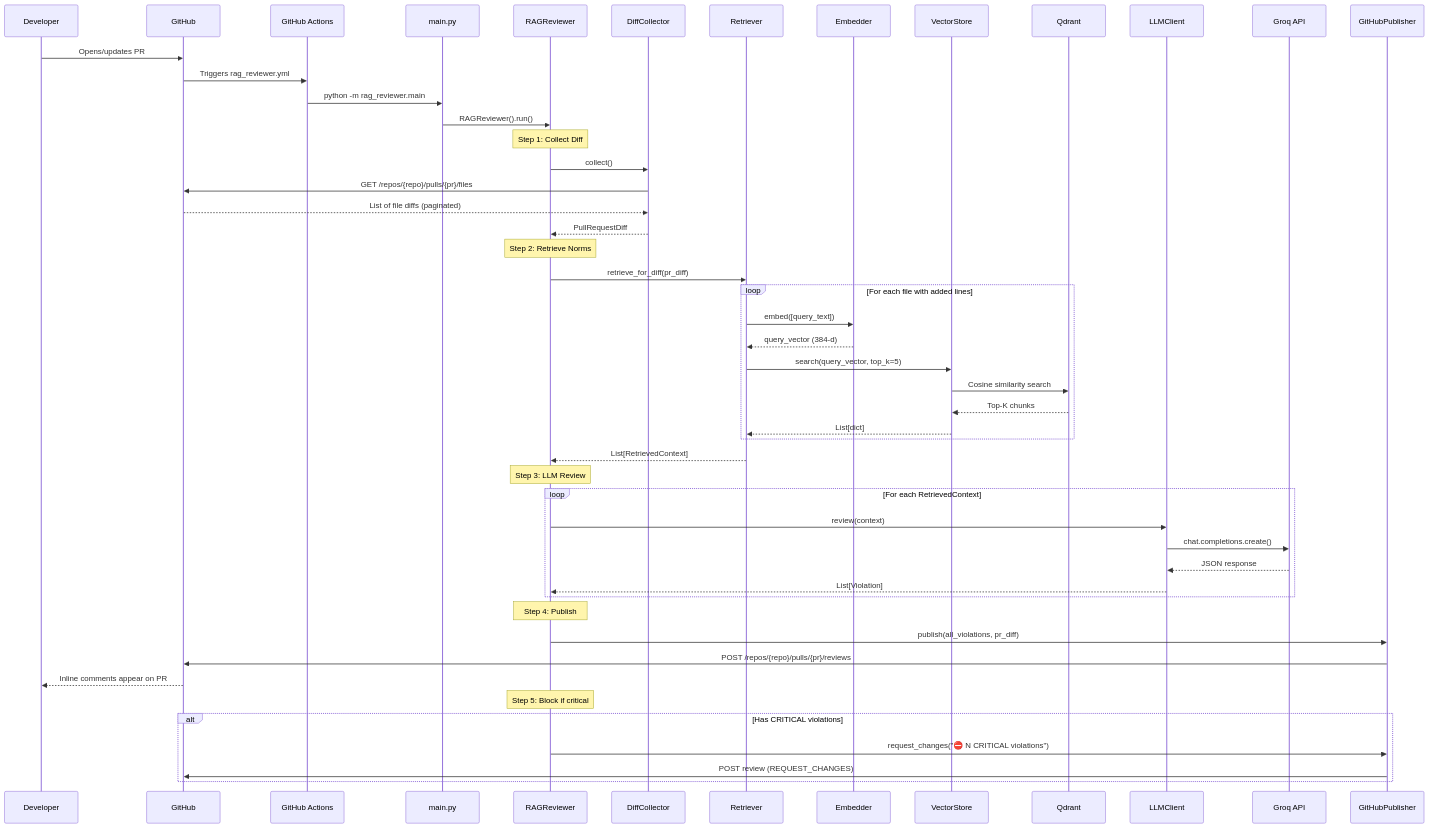
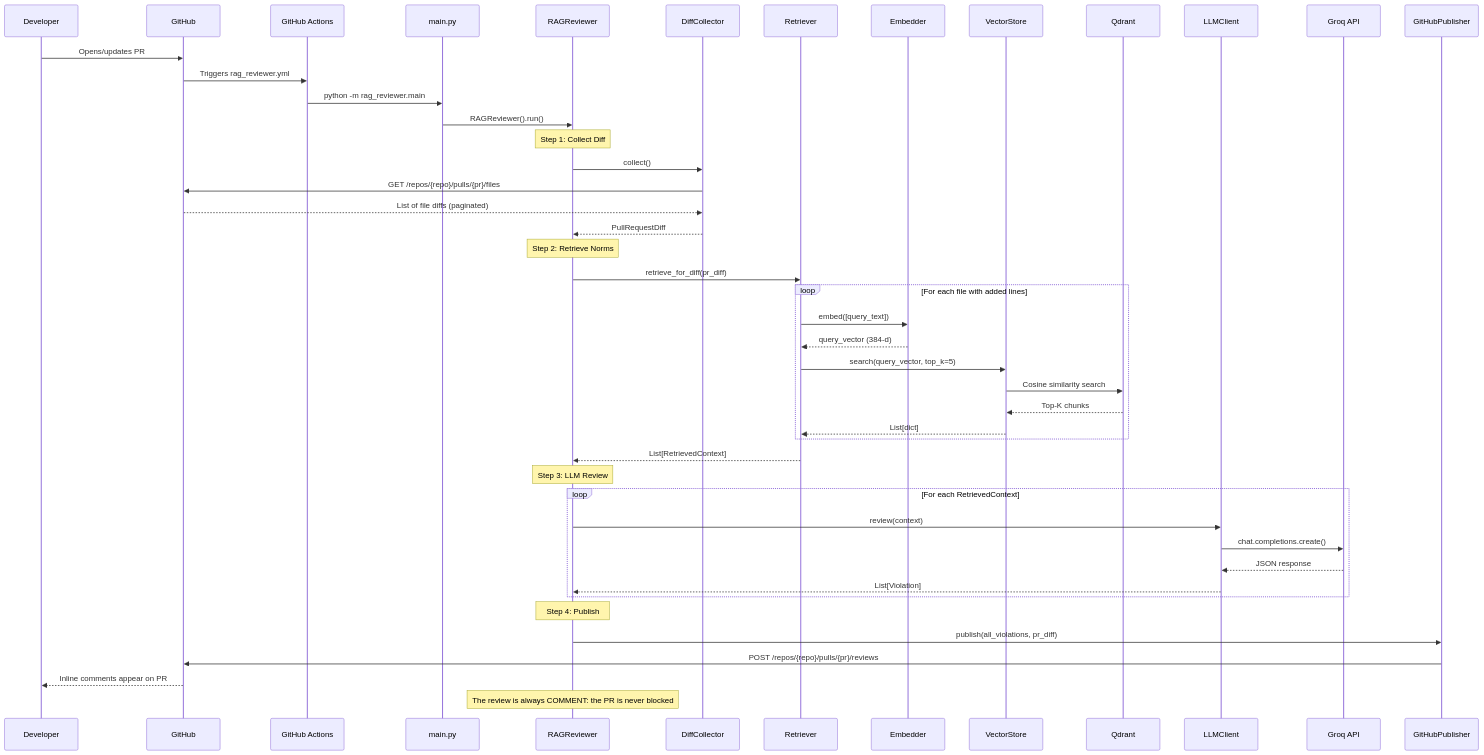
The third of 8 diagrams in arquitetura.md (tpsimo-pro/RAG-CI-CD), drawn with Mermaid before and after one commit. The commit also changed other lines of this file and 6 other files, not shown here.

````diff
--- a/arquitetura.md
+++ b/arquitetura.md
@@ -173,58 +173,54 @@
 ```mermaid
 sequenceDiagram
     participant Dev as Developer
     participant GH as GitHub
     participant GA as GitHub Actions
     participant Main as main.py
     participant Rev as RAGReviewer
     participant DC as DiffCollector
     participant Ret as Retriever
     participant Emb as Embedder
     participant VS as VectorStore
     participant QD as Qdrant
     participant LLM as LLMClient
     participant Groq as Groq API
     participant Pub as GitHubPublisher
 
     Dev->>GH: Opens/updates PR
     GH->>GA: Triggers rag_reviewer.yml
     GA->>Main: python -m rag_reviewer.main
     Main->>Rev: RAGReviewer().run()
 
     Note over Rev: Step 1: Collect Diff
     Rev->>DC: collect()
     DC->>GH: GET /repos/{repo}/pulls/{pr}/files
     GH-->>DC: List of file diffs (paginated)
     DC-->>Rev: PullRequestDiff
 
     Note over Rev: Step 2: Retrieve Norms
     Rev->>Ret: retrieve_for_diff(pr_diff)
     loop For each file with added lines
         Ret->>Emb: embed([query_text])
         Emb-->>Ret: query_vector (384-d)
         Ret->>VS: search(query_vector, top_k=5)
         VS->>QD: Cosine similarity search
         QD-->>VS: Top-K chunks
         VS-->>Ret: List[dict]
     end
     Ret-->>Rev: List[RetrievedContext]
 
     Note over Rev: Step 3: LLM Review
     loop For each RetrievedContext
         Rev->>LLM: review(context)
         LLM->>Groq: chat.completions.create()
         Groq-->>LLM: JSON response
         LLM-->>Rev: List[Violation]
     end
 
     Note over Rev: Step 4: Publish
     Rev->>Pub: publish(all_violations, pr_diff)
     Pub->>GH: POST /repos/{repo}/pulls/{pr}/reviews
     GH-->>Dev: Inline comments appear on PR
 
-    Note over Rev: Step 5: Block if critical
-    alt Has CRITICAL violations
-        Rev->>Pub: request_changes("⛔ N CRITICAL violations")
-        Pub->>GH: POST review (REQUEST_CHANGES)
-    end
+    Note over Rev: The review is always COMMENT: the PR is never blocked
 ```
````
